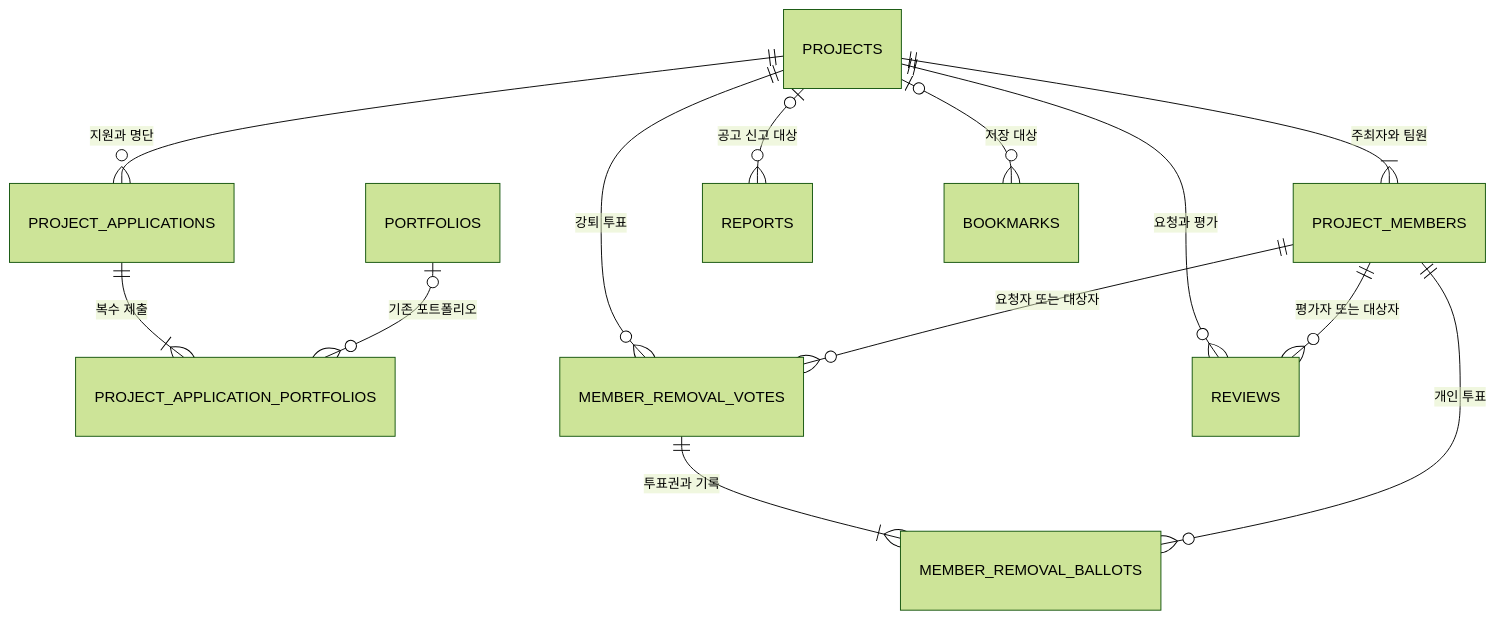
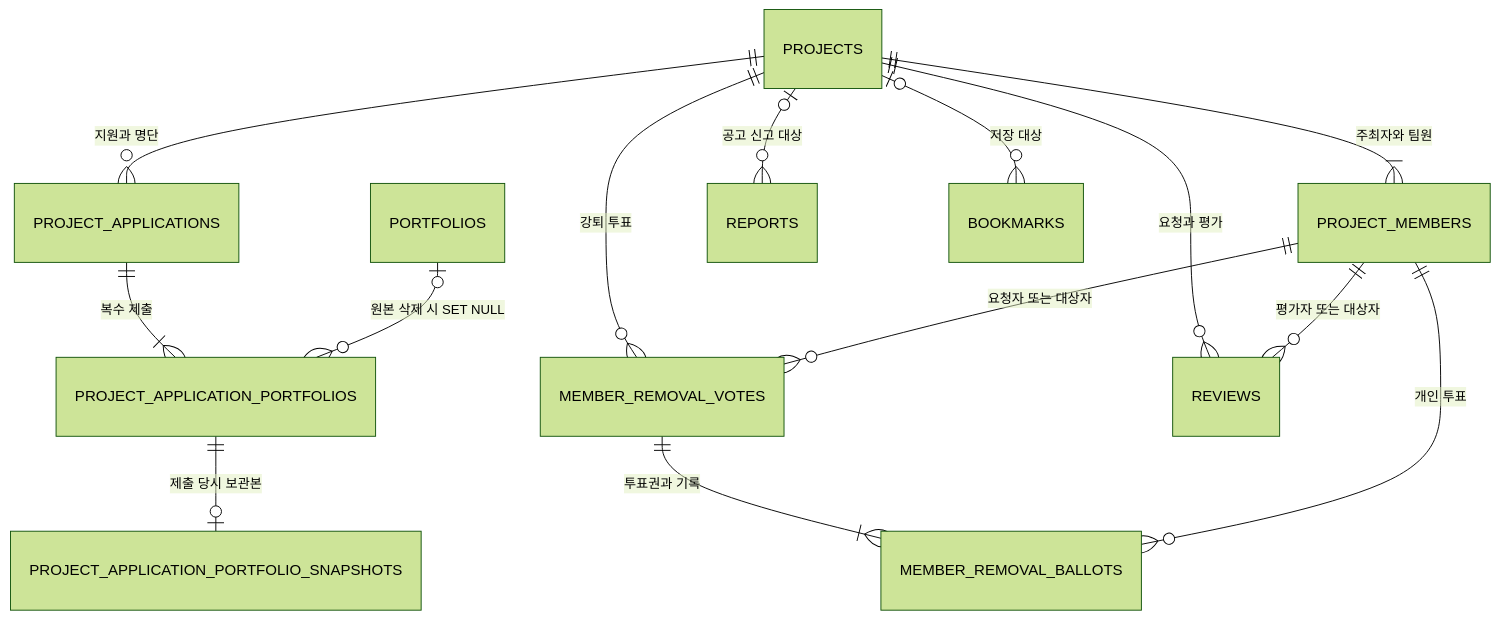
Before and after one commit to likelion-backendschool-9th/DevMozip: the second of 2 diagrams in docs/project-backend-blueprint.md, drawn with Mermaid (forest theme). The commit also changed other lines of this file and 32 other files, not shown here.

````diff
--- a/docs/project-backend-blueprint.md
+++ b/docs/project-backend-blueprint.md
@@ -265,15 +279,16 @@
 ```mermaid
 erDiagram
     PROJECTS ||--o{ PROJECT_APPLICATIONS : "지원과 명단"
     PROJECT_APPLICATIONS ||--|{ PROJECT_APPLICATION_PORTFOLIOS : "복수 제출"
-    PORTFOLIOS o|--o{ PROJECT_APPLICATION_PORTFOLIOS : "기존 포트폴리오"
+    PORTFOLIOS o|--o{ PROJECT_APPLICATION_PORTFOLIOS : "원본 삭제 시 SET NULL"
+    PROJECT_APPLICATION_PORTFOLIOS ||--o| PROJECT_APPLICATION_PORTFOLIO_SNAPSHOTS : "제출 당시 보관본"
     PROJECTS ||--|{ PROJECT_MEMBERS : "주최자와 팀원"
     PROJECTS ||--o{ MEMBER_REMOVAL_VOTES : "강퇴 투표"
     PROJECT_MEMBERS ||--o{ MEMBER_REMOVAL_VOTES : "요청자 또는 대상자"
     MEMBER_REMOVAL_VOTES ||--|{ MEMBER_REMOVAL_BALLOTS : "투표권과 기록"
     PROJECT_MEMBERS ||--o{ MEMBER_REMOVAL_BALLOTS : "개인 투표"
     PROJECTS ||--o{ REVIEWS : "요청과 평가"
     PROJECT_MEMBERS ||--o{ REVIEWS : "평가자 또는 대상자"
     PROJECTS o|--o{ REPORTS : "공고 신고 대상"
     PROJECTS o|--o{ BOOKMARKS : "저장 대상"
 ```
````
